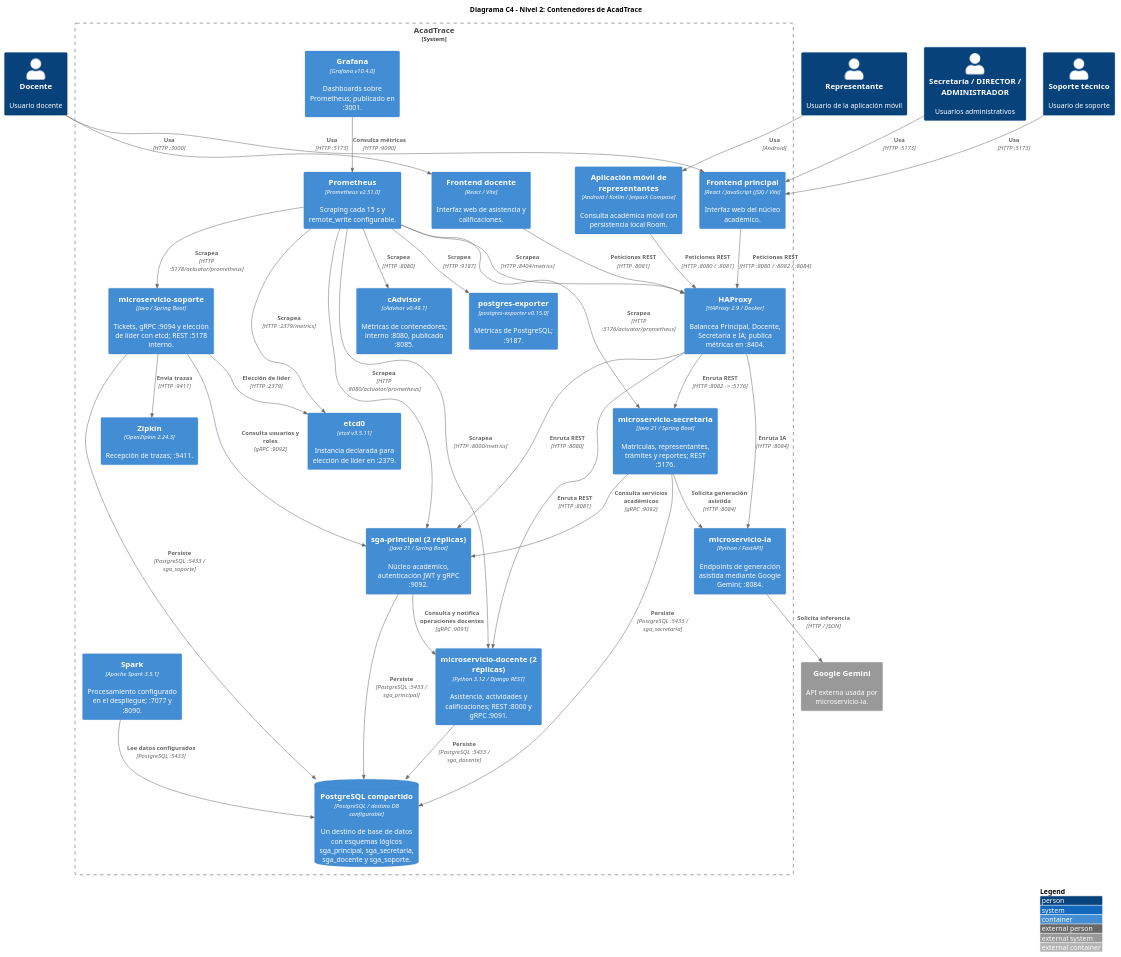
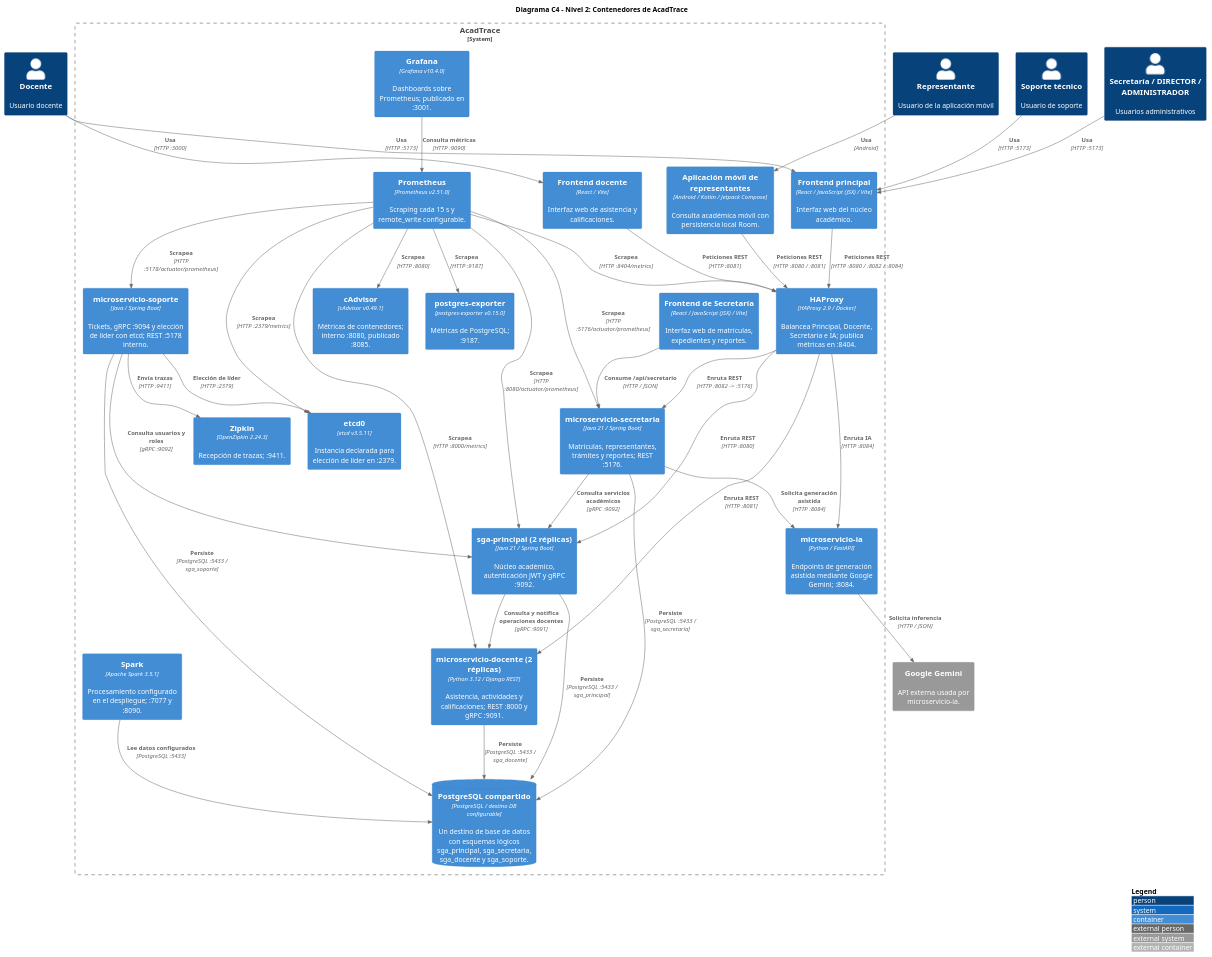
The diagram in docs/diagrams/c4_nivel2_contenedores.puml (gleiston-guerrero/acadtrace), drawn with PlantUML before and after one commit. The commit also changed 3 other files, not shown here.

Commit message:
docs(c4): agregar frontend de secretaria

```diff
--- a/docs/diagrams/c4_nivel2_contenedores.puml
+++ b/docs/diagrams/c4_nivel2_contenedores.puml
@@ -1,74 +1,76 @@
 @startuml C4_Nivel2_Contenedores
 !include https://raw.githubusercontent.com/plantuml-stdlib/C4-PlantUML/v2.12.0/C4_Container.puml
 
 LAYOUT_WITH_LEGEND()
 title Diagrama C4 - Nivel 2: Contenedores de AcadTrace
 
 Person(docente, "Docente", "Usuario docente")
 Person(representante, "Representante", "Usuario de la aplicación móvil")
 Person(administrativo, "Secretaría / DIRECTOR / ADMINISTRADOR", "Usuarios administrativos")
 Person(soporte_usuario, "Soporte técnico", "Usuario de soporte")
 
 System_Boundary(acadtrace, "AcadTrace") {
     Container(app_movil, "Aplicación móvil de representantes", "Android / Kotlin / Jetpack Compose", "Consulta académica móvil con persistencia local Room.")
     Container(web_principal, "Frontend principal", "React / JavaScript (JSX) / Vite", "Interfaz web del núcleo académico.")
     Container(web_docente, "Frontend docente", "React / Vite", "Interfaz web de asistencia y calificaciones.")
+    Container(web_secretaria, "Frontend de Secretaría", "React / JavaScript (JSX) / Vite", "Interfaz web de matrículas, expedientes y reportes.")
     Container(haproxy, "HAProxy", "HAProxy 2.9 / Docker", "Balancea Principal, Docente, Secretaría e IA; publica métricas en :8404.")
 
     Container(sga_principal, "sga-principal (2 réplicas)", "Java 21 / Spring Boot", "Núcleo académico, autenticación JWT y gRPC :9092.")
     Container(ms_docente, "microservicio-docente (2 réplicas)", "Python 3.12 / Django REST", "Asistencia, actividades y calificaciones; REST :8000 y gRPC :9091.")
     Container(ms_secretaria, "microservicio-secretaria", "Java 21 / Spring Boot", "Matrículas, representantes, trámites y reportes; REST :5176.")
     Container(ms_soporte, "microservicio-soporte", "Java / Spring Boot", "Tickets, gRPC :9094 y elección de líder con etcd; REST :5178 interno.")
     Container(ms_ia, "microservicio-ia", "Python / FastAPI", "Endpoints de generación asistida mediante Google Gemini; :8084.")
 
     ContainerDb(postgres, "PostgreSQL compartido", "PostgreSQL / destino DB configurable", "Un destino de base de datos con esquemas lógicos sga_principal, sga_secretaria, sga_docente y sga_soporte.")
     Container(etcd, "etcd0", "etcd v3.5.11", "Instancia declarada para elección de líder en :2379.")
     Container(prometheus, "Prometheus", "Prometheus v2.51.0", "Scraping cada 15 s y remote_write configurable.")
     Container(grafana, "Grafana", "Grafana v10.4.0", "Dashboards sobre Prometheus; publicado en :3001.")
     Container(cadvisor, "cAdvisor", "cAdvisor v0.49.1", "Métricas de contenedores; interno :8080, publicado :8085.")
     Container(postgres_exporter, "postgres-exporter", "postgres-exporter v0.15.0", "Métricas de PostgreSQL; :9187.")
     Container(zipkin, "Zipkin", "OpenZipkin 2.24.3", "Recepción de trazas; :9411.")
     Container(spark, "Spark", "Apache Spark 3.5.1", "Procesamiento configurado en el despliegue; :7077 y :8090.")
 }
 
 System_Ext(gemini, "Google Gemini", "API externa usada por microservicio-ia.")
 
 Rel(docente, web_principal, "Usa", "HTTP :5173")
 Rel(docente, web_docente, "Usa", "HTTP :3000")
 Rel(representante, app_movil, "Usa", "Android")
 Rel(administrativo, web_principal, "Usa", "HTTP :5173")
 Rel(soporte_usuario, web_principal, "Usa", "HTTP :5173")
 
 Rel(app_movil, haproxy, "Peticiones REST", "HTTP :8080 / :8081")
 Rel(web_principal, haproxy, "Peticiones REST", "HTTP :8080 / :8082 / :8084")
 Rel(web_docente, haproxy, "Peticiones REST", "HTTP :8081")
+Rel(web_secretaria, ms_secretaria, "Consume /api/secretario", "HTTP / JSON")
 
 Rel(haproxy, sga_principal, "Enruta REST", "HTTP :8080")
 Rel(haproxy, ms_docente, "Enruta REST", "HTTP :8081")
 Rel(haproxy, ms_secretaria, "Enruta REST", "HTTP :8082 -> :5176")
 Rel(haproxy, ms_ia, "Enruta IA", "HTTP :8084")
 Rel(ms_soporte, sga_principal, "Consulta usuarios y roles", "gRPC :9092")
 Rel(sga_principal, ms_docente, "Consulta y notifica operaciones docentes", "gRPC :9091")
 Rel(ms_secretaria, sga_principal, "Consulta servicios académicos", "gRPC :9092")
 Rel(ms_secretaria, ms_ia, "Solicita generación asistida", "HTTP :8084")
 Rel(ms_ia, gemini, "Solicita inferencia", "HTTP / JSON")
 
 Rel(sga_principal, postgres, "Persiste", "PostgreSQL :5433 / sga_principal")
 Rel(ms_secretaria, postgres, "Persiste", "PostgreSQL :5433 / sga_secretaria")
 Rel(ms_docente, postgres, "Persiste", "PostgreSQL :5433 / sga_docente")
 Rel(ms_soporte, postgres, "Persiste", "PostgreSQL :5433 / sga_soporte")
 Rel(ms_soporte, etcd, "Elección de líder", "HTTP :2379")
 
 Rel(prometheus, sga_principal, "Scrapea", "HTTP :8080/actuator/prometheus")
 Rel(prometheus, ms_docente, "Scrapea", "HTTP :8000/metrics")
 Rel(prometheus, ms_secretaria, "Scrapea", "HTTP :5176/actuator/prometheus")
 Rel(prometheus, ms_soporte, "Scrapea", "HTTP :5178/actuator/prometheus")
 Rel(prometheus, haproxy, "Scrapea", "HTTP :8404/metrics")
 Rel(prometheus, etcd, "Scrapea", "HTTP :2379/metrics")
 Rel(prometheus, cadvisor, "Scrapea", "HTTP :8080")
 Rel(prometheus, postgres_exporter, "Scrapea", "HTTP :9187")
 Rel(grafana, prometheus, "Consulta métricas", "HTTP :9090")
 Rel(ms_soporte, zipkin, "Envía trazas", "HTTP :9411")
 Rel(spark, postgres, "Lee datos configurados", "PostgreSQL :5433")
 
 @enduml
```
